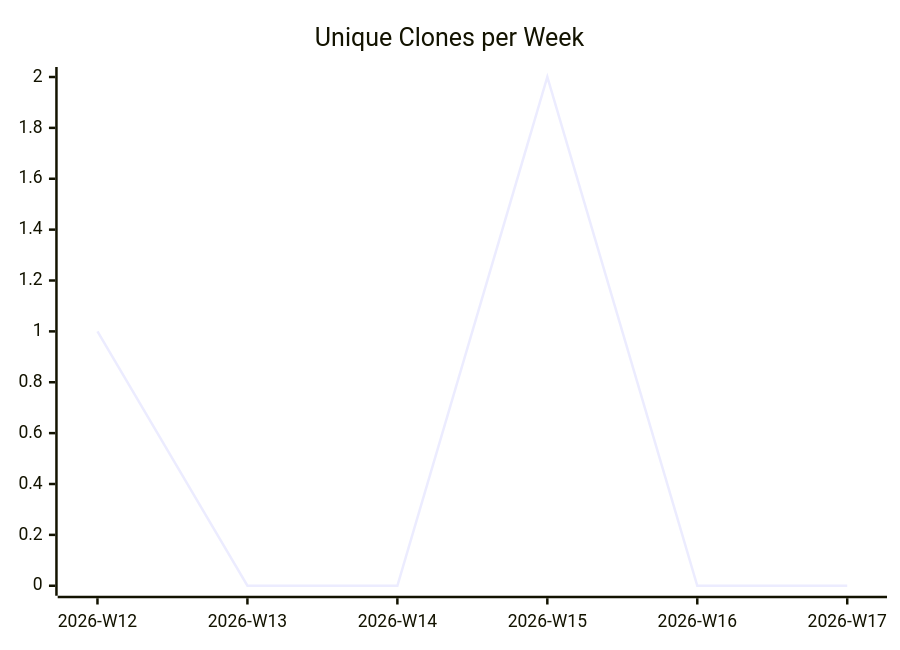
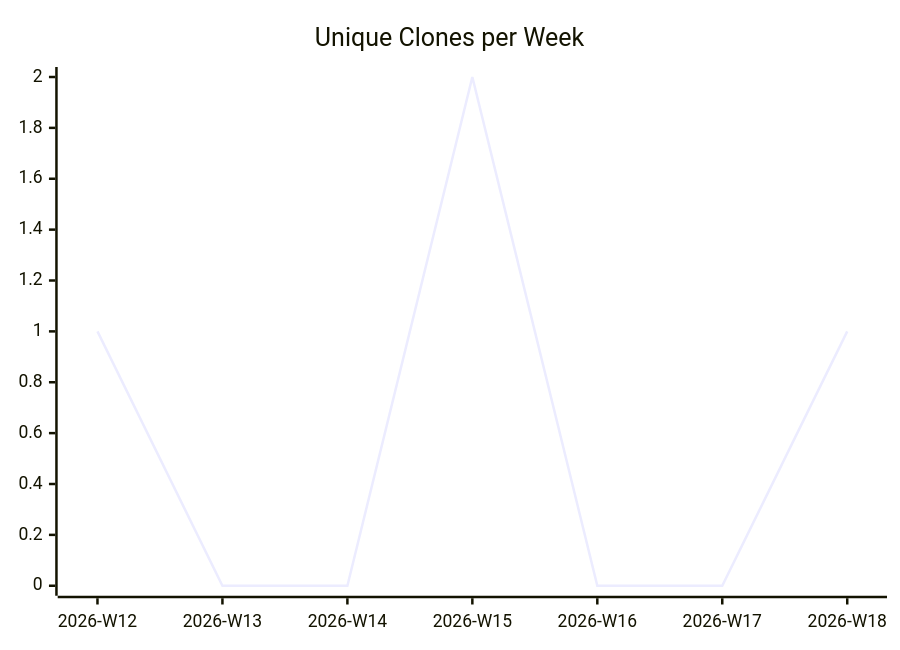
The third of 3 diagrams in karlmdavis/liquibase/README.md (justdavis-family/github-analytics-data), drawn with Mermaid before and after one commit. The commit also changed other lines of this file and 184 other files, not shown here.

````diff
--- a/karlmdavis/liquibase/README.md
+++ b/karlmdavis/liquibase/README.md
@@ -19,6 +19,6 @@
 ```mermaid
 xychart-beta
   title "Unique Clones per Week"
-  x-axis ["2026-W12", "2026-W13", "2026-W14", "2026-W15", "2026-W16", "2026-W17"]
-  line [1, 0, 0, 2, 0, 0]
+  x-axis ["2026-W12", "2026-W13", "2026-W14", "2026-W15", "2026-W16", "2026-W17", "2026-W18"]
+  line [1, 0, 0, 2, 0, 0, 1]
 ```
````
